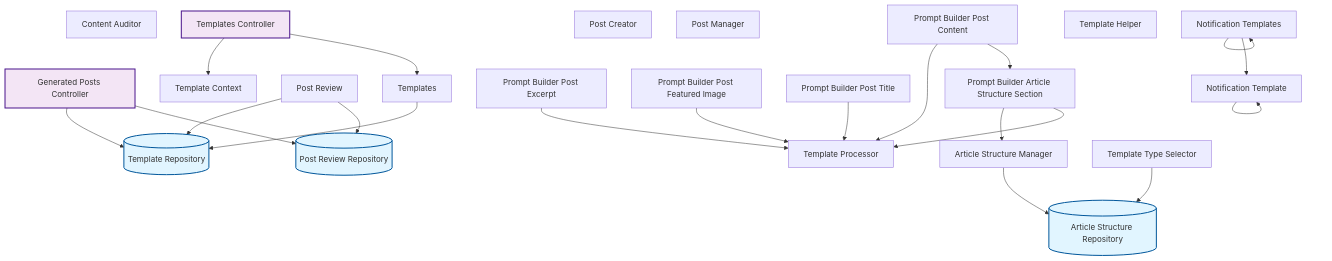
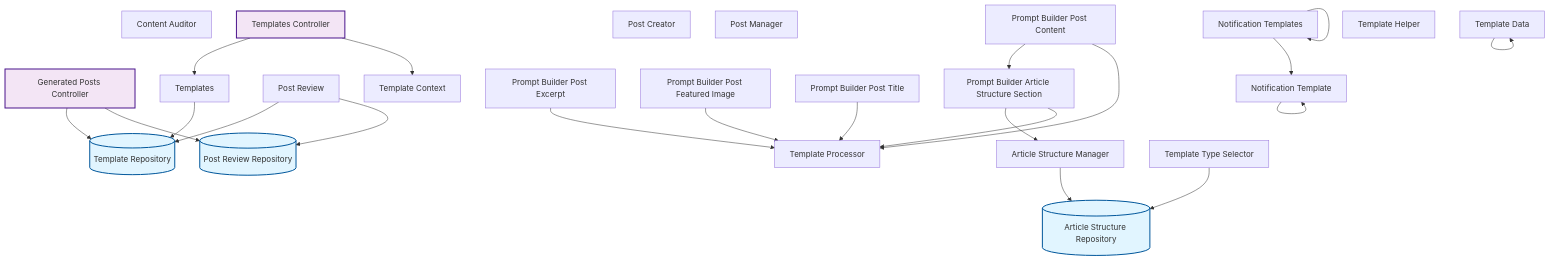
Before and after one commit to rpnunez/wp-ai-scheduler: the fourth of 10 diagrams in docs/feature-report.md, drawn with Mermaid. The commit also changed other lines of this file and 1 other file, not shown here.

````diff
--- a/docs/feature-report.md
+++ b/docs/feature-report.md
@@ -207,53 +214,55 @@
 ```mermaid
 flowchart TD
     %% Content Management Architecture
 
     Article_Structure_Manager["Article Structure Manager"]
     Article_Structure_Repository[("Article Structure Repository")]
     Content_Auditor["Content Auditor"]
     Generated_Posts_Controller["Generated Posts Controller"]
     Notification_Template["Notification Template"]
     Notification_Templates["Notification Templates"]
     Post_Creator["Post Creator"]
     Post_Manager["Post Manager"]
     Post_Review_Repository[("Post Review Repository")]
     Post_Review["Post Review"]
     Prompt_Builder_Article_Structure_Section["Prompt Builder Article Structure Section"]
     Prompt_Builder_Post_Content["Prompt Builder Post Content"]
     Prompt_Builder_Post_Excerpt["Prompt Builder Post Excerpt"]
     Prompt_Builder_Post_Featured_Image["Prompt Builder Post Featured Image"]
     Prompt_Builder_Post_Title["Prompt Builder Post Title"]
     Template_Context["Template Context"]
+    Template_Data["Template Data"]
     Template_Helper["Template Helper"]
     Template_Processor["Template Processor"]
     Template_Repository[("Template Repository")]
     Template_Type_Selector["Template Type Selector"]
     Templates_Controller["Templates Controller"]
     Templates["Templates"]
 
     Article_Structure_Manager --> Article_Structure_Repository
     Generated_Posts_Controller --> Post_Review_Repository
     Generated_Posts_Controller --> Template_Repository
     Notification_Template --> Notification_Template
     Notification_Templates --> Notification_Templates
     Notification_Templates --> Notification_Template
     Post_Review --> Post_Review_Repository
     Post_Review --> Template_Repository
     Prompt_Builder_Article_Structure_Section --> Template_Processor
     Prompt_Builder_Article_Structure_Section --> Article_Structure_Manager
+    Prompt_Builder_Post_Content --> Template_Processor
     Prompt_Builder_Post_Content --> Prompt_Builder_Article_Structure_Section
-    Prompt_Builder_Post_Content --> Template_Processor
     Prompt_Builder_Post_Excerpt --> Template_Processor
     Prompt_Builder_Post_Featured_Image --> Template_Processor
     Prompt_Builder_Post_Title --> Template_Processor
+    Template_Data --> Template_Data
     Template_Type_Selector --> Article_Structure_Repository
+    Templates_Controller --> Template_Context
     Templates_Controller --> Templates
-    Templates_Controller --> Template_Context
     Templates --> Template_Repository
 
     classDef repository fill:#e1f5ff,stroke:#01579b,stroke-width:2px
     classDef service fill:#fff3e0,stroke:#e65100,stroke-width:2px
     classDef controller fill:#f3e5f5,stroke:#4a148c,stroke-width:2px
     class Article_Structure_Repository,Post_Review_Repository,Template_Repository repository
     class Generated_Posts_Controller,Templates_Controller controller
 ```
````
